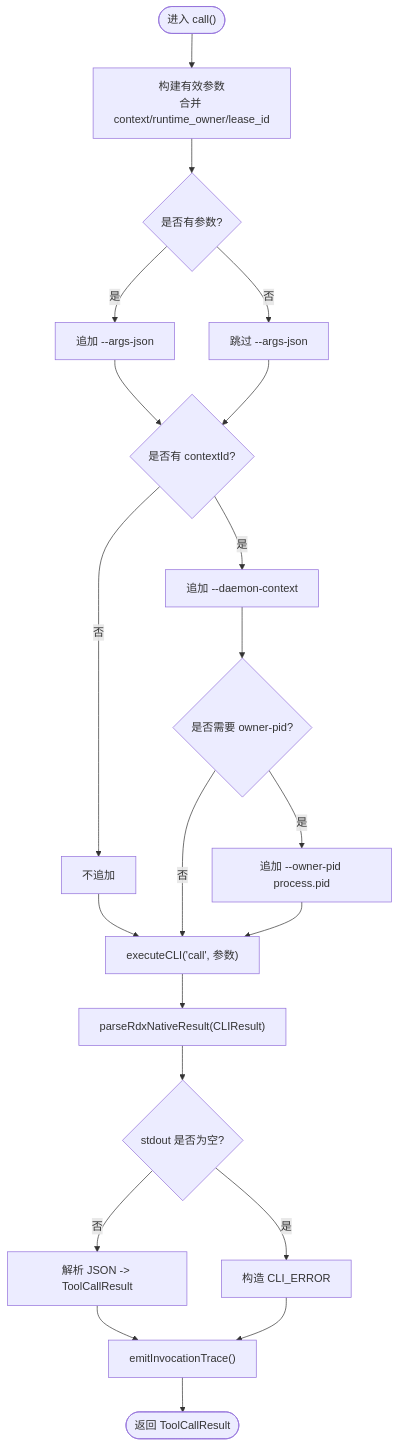
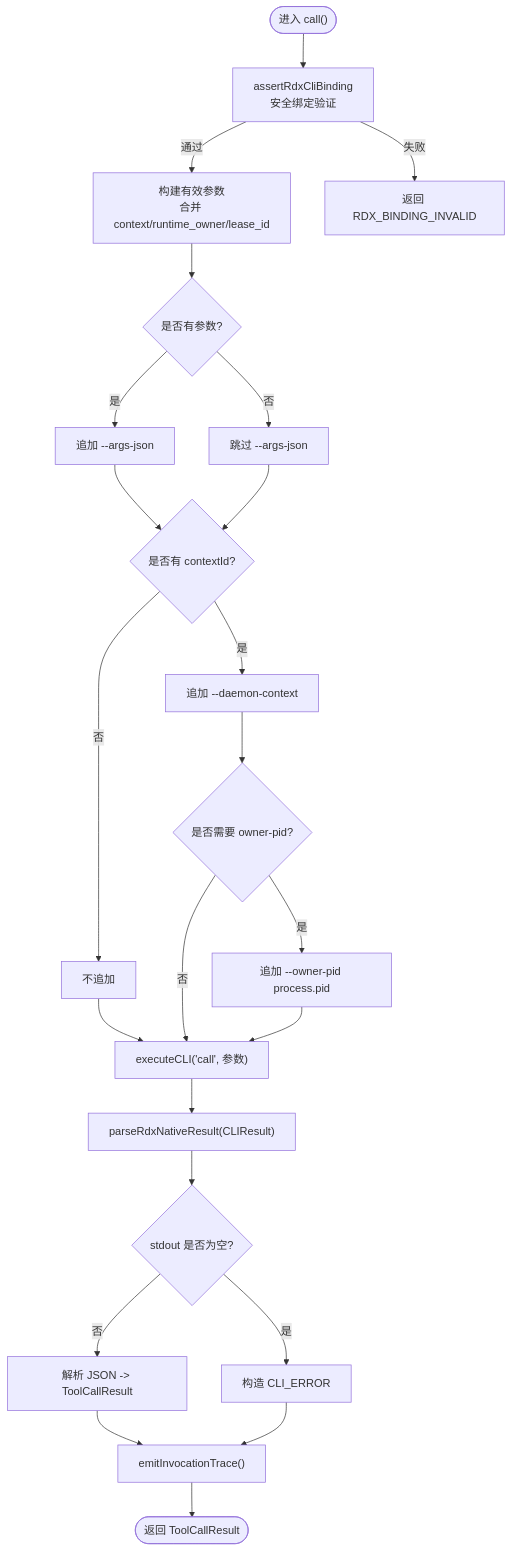
The third of 7 diagrams in .qoder/repowiki/zh/content/核心模块/工具系统/RDX CLI 调用器.md (haolange/RDC-Agent), drawn with Mermaid before and after one commit. The commit also changed other lines of this file and 85 other files, not shown here.

````diff
--- a/.qoder/repowiki/zh/content/核心模块/工具系统/RDX CLI 调用器.md
+++ b/.qoder/repowiki/zh/content/核心模块/工具系统/RDX CLI 调用器.md
@@ -137,23 +151,25 @@
 ```mermaid
 flowchart TD
-Start(["进入 call()"]) --> BuildArgs["构建有效参数<br/>合并 context/runtime_owner/lease_id"]
+Start(["进入 call()"]) --> Validate["assertRdxCliBinding<br/>安全绑定验证"]
+Validate --> |通过| BuildArgs["构建有效参数<br/>合并 context/runtime_owner/lease_id"]
+Validate --> |失败| ErrorReturn["返回 RDX_BINDING_INVALID"]
 BuildArgs --> JsonArg{"是否有参数?"}
 JsonArg --> |是| AddJson["追加 --args-json"]
 JsonArg --> |否| SkipJson["跳过 --args-json"]
 AddJson --> ContextFlag{"是否有 contextId?"}
 SkipJson --> ContextFlag
 ContextFlag --> |是| AddCtx["追加 --daemon-context"]
 ContextFlag --> |否| NoCtx["不追加"]
 AddCtx --> OwnerPid{"是否需要 owner-pid?"}
 NoCtx --> Exec["executeCLI('call', 参数)"]
 OwnerPid --> |是| AddOwnerPid["追加 --owner-pid process.pid"]
 OwnerPid --> |否| Exec
 AddOwnerPid --> Exec
 Exec --> Parse["parseRdxNativeResult(CLIResult)"]
 Parse --> Stdout{"stdout 是否为空?"}
 Stdout --> |否| MapResult["解析 JSON -> ToolCallResult"]
 Stdout --> |是| ErrorResult["构造 CLI_ERROR"]
 MapResult --> Emit["emitInvocationTrace()"]
 ErrorResult --> Emit
 Emit --> End(["返回 ToolCallResult"])
 ```
````
